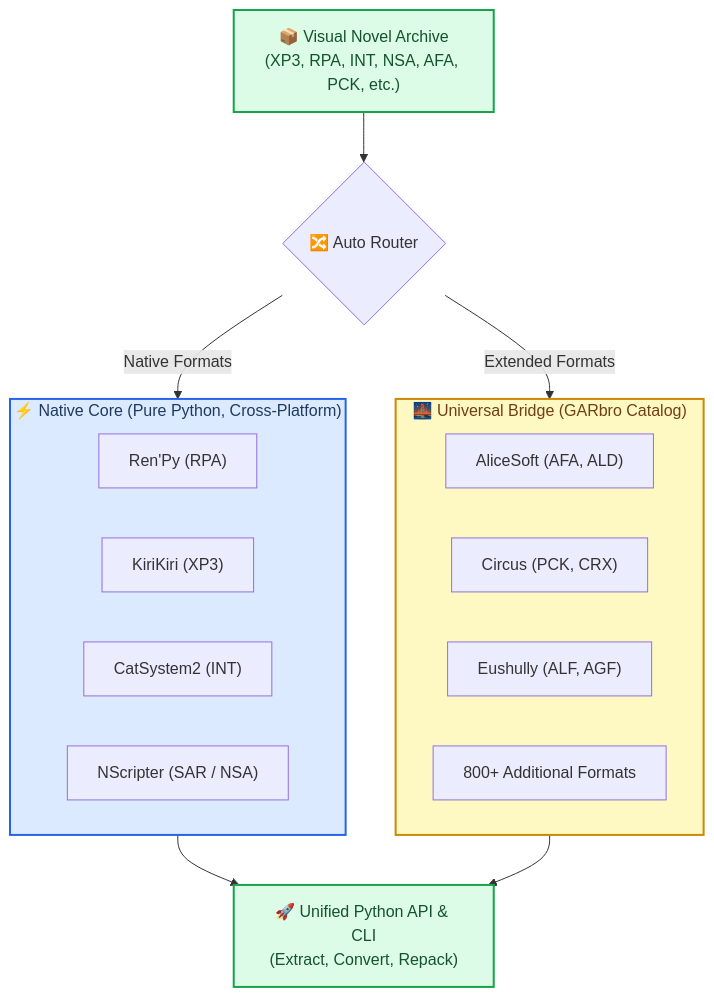
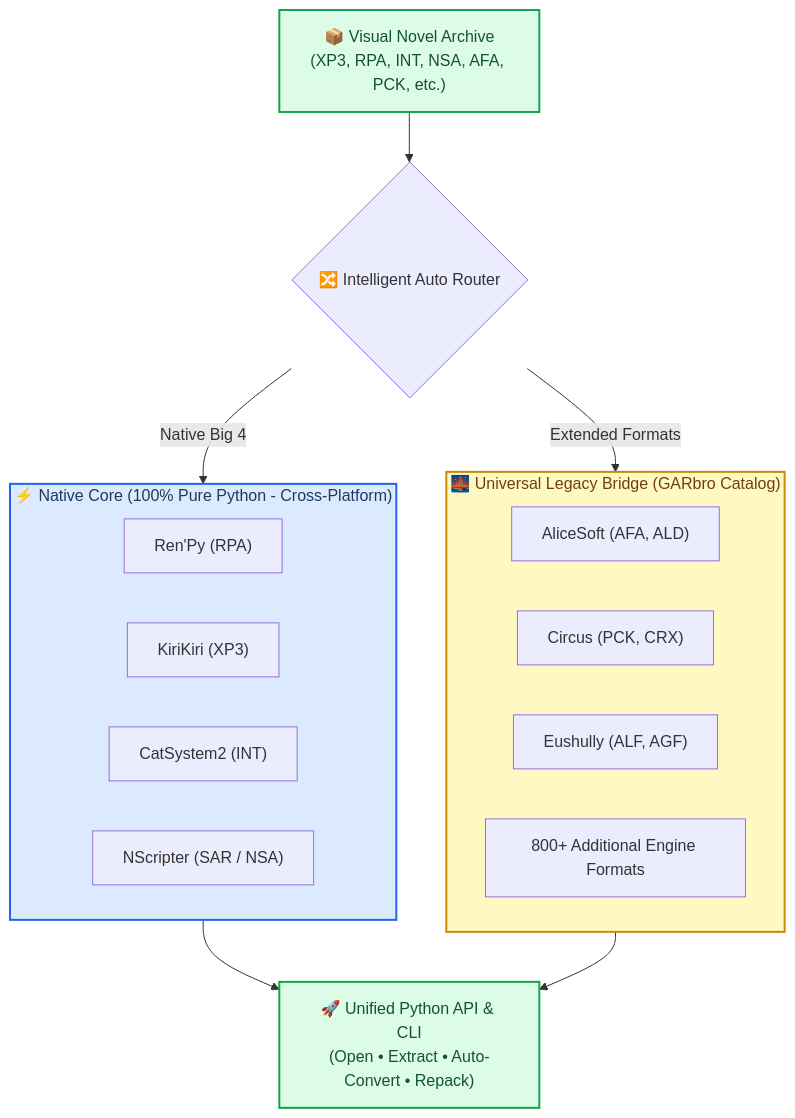
Before and after one commit to takoyune/GarEx: the diagram in README.md, drawn with Mermaid. The commit also changed other lines of this file, not shown here.

Commit message:
docs(readme): redesign README inspired by modern top-tier Python libraries

````diff
--- a/README.md
+++ b/README.md
@@ -18,38 +220,38 @@
 ```mermaid
 flowchart TD
-    accTitle: GarEx Hybrid Architecture
-    accDescr: Archive files enter the router, which chooses between pure-Python native decoders and the legacy bridge backend, outputting to a unified API and CLI.
+    accTitle: GarEx Hybrid Routing Architecture
+    accDescr: Visual novel archives enter the intelligent auto-router which prioritizes cross-platform pure-Python native decoders and falls back to the universal bridge for extended legacy formats.
 
     input["📦 Visual Novel Archive<br/>(XP3, RPA, INT, NSA, AFA, PCK, etc.)"]
-    router{"🔀 Auto Router"}
+    router{"🔀 Intelligent Auto Router"}
 
-    subgraph NativeCore ["⚡ Native Core (Pure Python, Cross-Platform)"]
+    subgraph NativeCore ["⚡ Native Core (100% Pure Python - Cross-Platform)"]
         renpy["Ren'Py (RPA)"]
         kirikiri["KiriKiri (XP3)"]
         catsystem["CatSystem2 (INT)"]
         nscripter["NScripter (SAR / NSA)"]
     end
 
-    subgraph BridgeCore ["🌉 Universal Bridge (GARbro Catalog)"]
+    subgraph BridgeCore ["🌉 Universal Legacy Bridge (GARbro Catalog)"]
         alicesoft["AliceSoft (AFA, ALD)"]
         circus["Circus (PCK, CRX)"]
         eushully["Eushully (ALF, AGF)"]
-        legacy["800+ Additional Formats"]
+        legacy["800+ Additional Engine Formats"]
     end
 
-    output["🚀 Unified Python API & CLI<br/>(Extract, Convert, Repack)"]
+    output["🚀 Unified Python API & CLI<br/>(Open • Extract • Auto-Convert • Repack)"]
 
     input --> router
-    router -->|"Native Formats"| NativeCore
+    router -->|"Native Big 4"| NativeCore
     router -->|"Extended Formats"| BridgeCore
     NativeCore --> output
     BridgeCore --> output
 
     classDef core fill:#dbeafe,stroke:#2563eb,stroke-width:2px,color:#1e3a5f
     classDef ext fill:#fef9c3,stroke:#ca8a04,stroke-width:2px,color:#713f12
     classDef io fill:#dcfce7,stroke:#16a34a,stroke-width:2px,color:#14532d
 
     class NativeCore core
     class BridgeCore ext
     class input,output io
 ```
````
